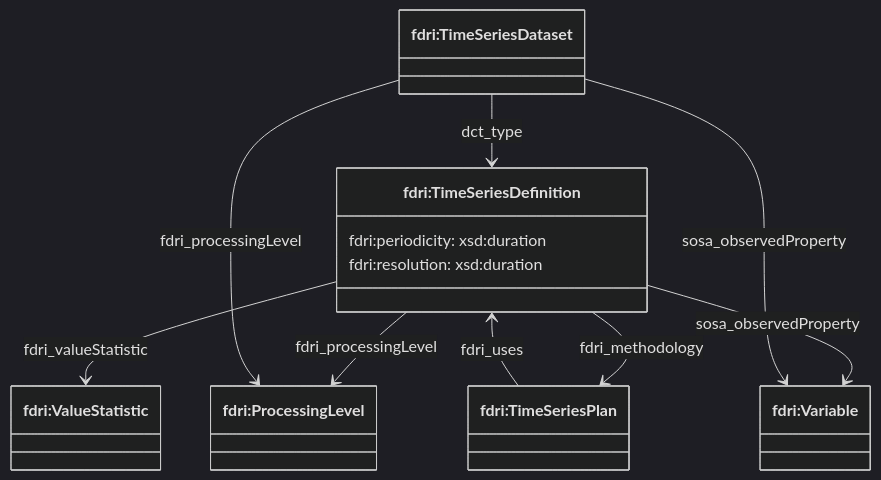
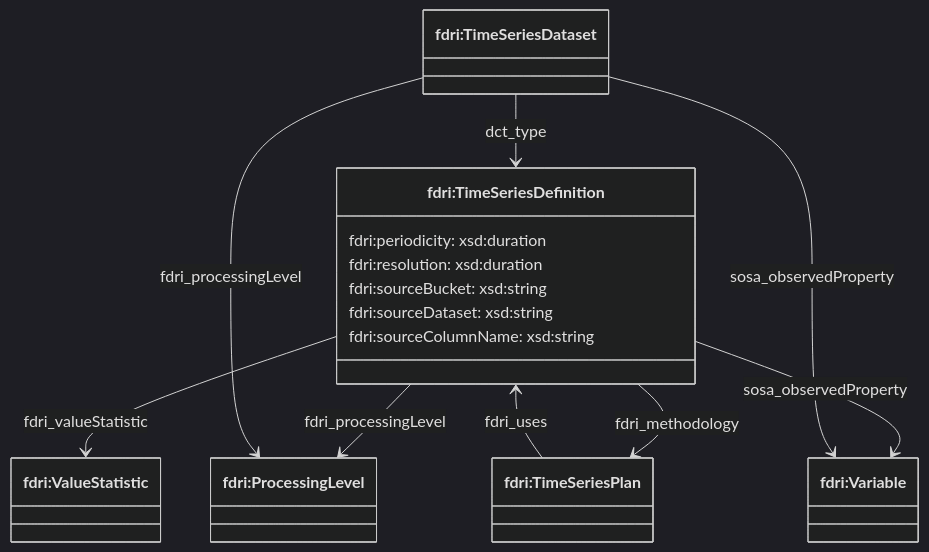
Before and after one commit to NERC-CEH/fdri-ontology: the second of 3 diagrams in ontology/doc/time-series-dataset.md, drawn with Mermaid (dark theme). The commit also changed other lines of this file and 1 other file, not shown here.

````diff
--- a/ontology/doc/time-series-dataset.md
+++ b/ontology/doc/time-series-dataset.md
@@ -32,21 +32,24 @@
 ```mermaid
 classDiagram
 class TimeSeriesDataset["fdri:TimeSeriesDataset"]
 class ValueStatistic["fdri:ValueStatistic"]
 class TimeSeriesDefinition["fdri:TimeSeriesDefinition"] {
   fdri:periodicity: xsd:duration
   fdri:resolution: xsd:duration
+  fdri:sourceBucket: xsd:string
+  fdri:sourceDataset: xsd:string
+  fdri:sourceColumnName: xsd:string
 }
 class Plan["fdri:TimeSeriesPlan"]
 class ProcessingLevel["fdri:ProcessingLevel"]
 class Variable["fdri:Variable"]
 
 TimeSeriesDefinition --> ValueStatistic: fdri_valueStatistic
 TimeSeriesDefinition --> ProcessingLevel: fdri_processingLevel
 TimeSeriesDataset --> TimeSeriesDefinition: dct_type
 TimeSeriesDefinition --> Variable: sosa_observedProperty
 TimeSeriesDefinition --> Plan: fdri_methodology
 Plan --> TimeSeriesDefinition: fdri_uses
 TimeSeriesDataset --> ProcessingLevel: fdri_processingLevel
 TimeSeriesDataset --> Variable: sosa_observedProperty
 ```
````
